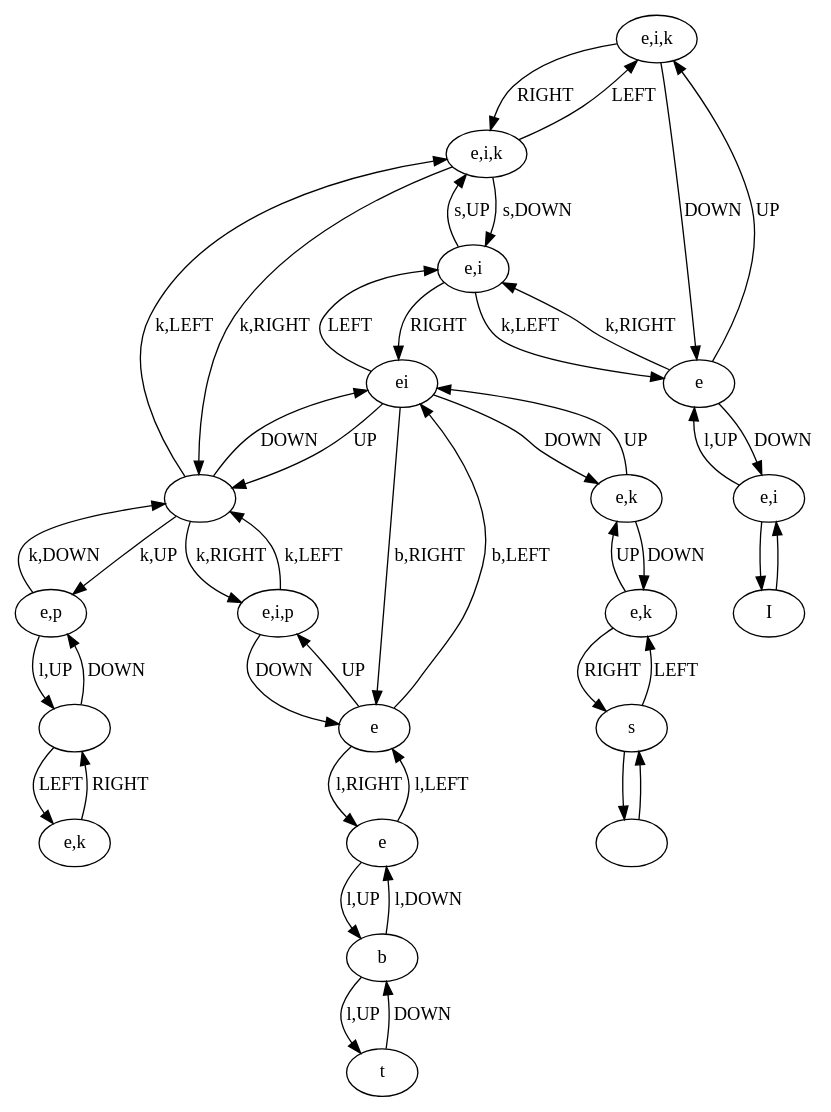
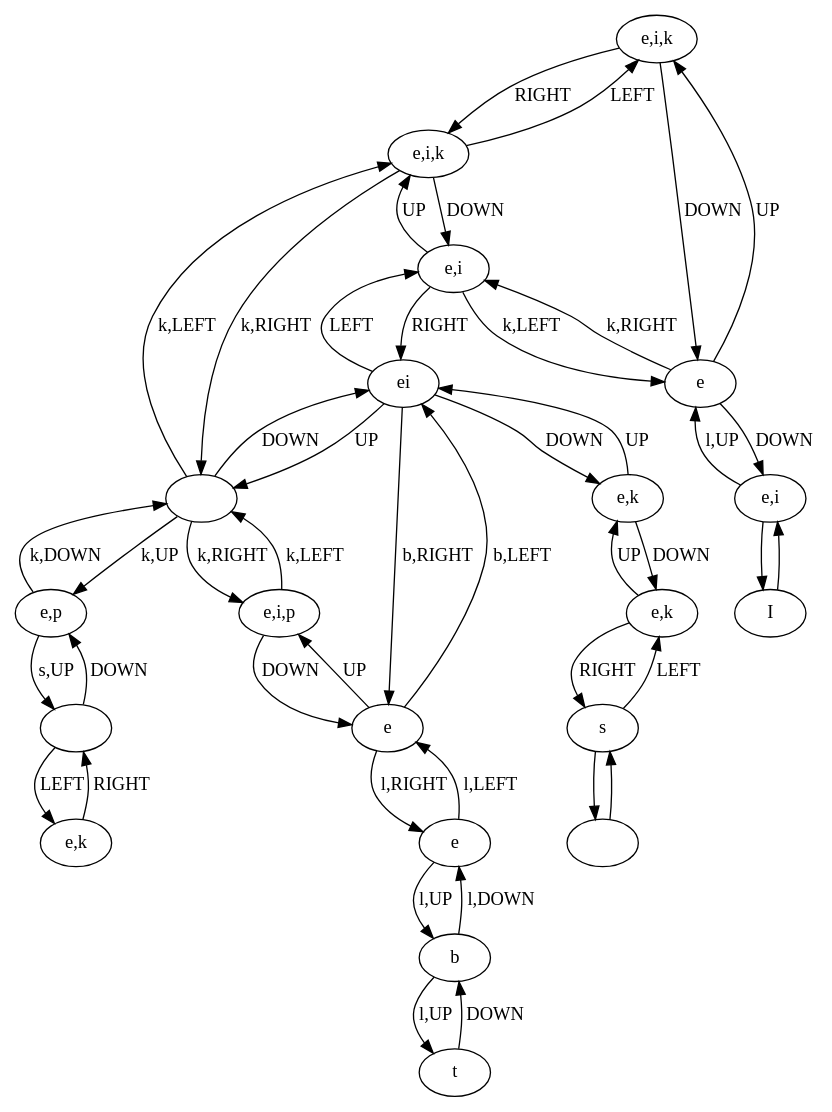
One commit to schrum2/MM-NEAT changed the diagram in data/VGLC/Zelda/Graph Processed/tloz3_1_flip.dot. Above: the diagram before and after it, drawn with Graphviz. The commit also changed 5 other files, not shown here.

```diff
--- a/data/VGLC/Zelda/Graph Processed/tloz3_1_flip.dot
+++ b/data/VGLC/Zelda/Graph Processed/tloz3_1_flip.dot
@@ -1,66 +1,66 @@
 digraph {
 0 [label="e,i,k"]
 1 [label="e,i,k"]
 2 [label="e,k"]
 3 [label=""]
 4 [label=""]
 5 [label="e,i,p"]
 6 [label="I"]
 7 [label="e,i"]
 8 [label="e,p"]
 9 [label="e,k"]
 10 [label="e"]
 11 [label="t"]
 12 [label=""]
 13 [label="e,k"]
 14 [label="s"]
 15 [label="e"]
 16 [label="e,i"]
 17 [label="ei"]
 18 [label="e"]
 19 [label="b"]
 12 -> 14 [label=""]
 14 -> 12 [label=""]
 14 -> 13 [label="LEFT"]
 13 -> 14 [label="RIGHT"]
 13 -> 9 [label="UP"]
 9 -> 13 [label="DOWN"]
 9 -> 17 [label="UP"]
 17 -> 9 [label="DOWN"]
 17 -> 16 [label="LEFT"]
 16 -> 17 [label="RIGHT"]
-16 -> 1 [label="s,UP"]
-1 -> 16 [label="s,DOWN"]
+16 -> 1 [label="UP"]
+1 -> 16 [label="DOWN"]
 1 -> 0 [label="LEFT"]
 0 -> 1 [label="RIGHT"]
 0 -> 15 [label="DOWN"]
 15 -> 0 [label="UP"]
 4 -> 17 [label="DOWN"]
 17 -> 4 [label="UP"]
 18 -> 5 [label="UP"]
 5 -> 18 [label="DOWN"]
 18 -> 17 [label="b,LEFT"]
 17 -> 18 [label="b,RIGHT"]
 18 -> 10 [label="l,RIGHT"]
 10 -> 18 [label="l,LEFT"]
 19 -> 10 [label="l,DOWN"]
 10 -> 19 [label="l,UP"]
 3 -> 2 [label="LEFT"]
 2 -> 3 [label="RIGHT"]
 3 -> 8 [label="DOWN"]
-8 -> 3 [label="l,UP"]
+8 -> 3 [label="s,UP"]
 11 -> 19 [label="DOWN"]
 19 -> 11 [label="l,UP"]
 7 -> 15 [label="l,UP"]
 15 -> 7 [label="DOWN"]
 15 -> 16 [label="k,RIGHT"]
 16 -> 15 [label="k,LEFT"]
 1 -> 4 [label="k,RIGHT"]
 4 -> 1 [label="k,LEFT"]
 4 -> 8 [label="k,UP"]
 8 -> 4 [label="k,DOWN"]
 4 -> 5 [label="k,RIGHT"]
 5 -> 4 [label="k,LEFT"]
 7 -> 6 [label=""]
 6 -> 7 [label=""]
 }
```
